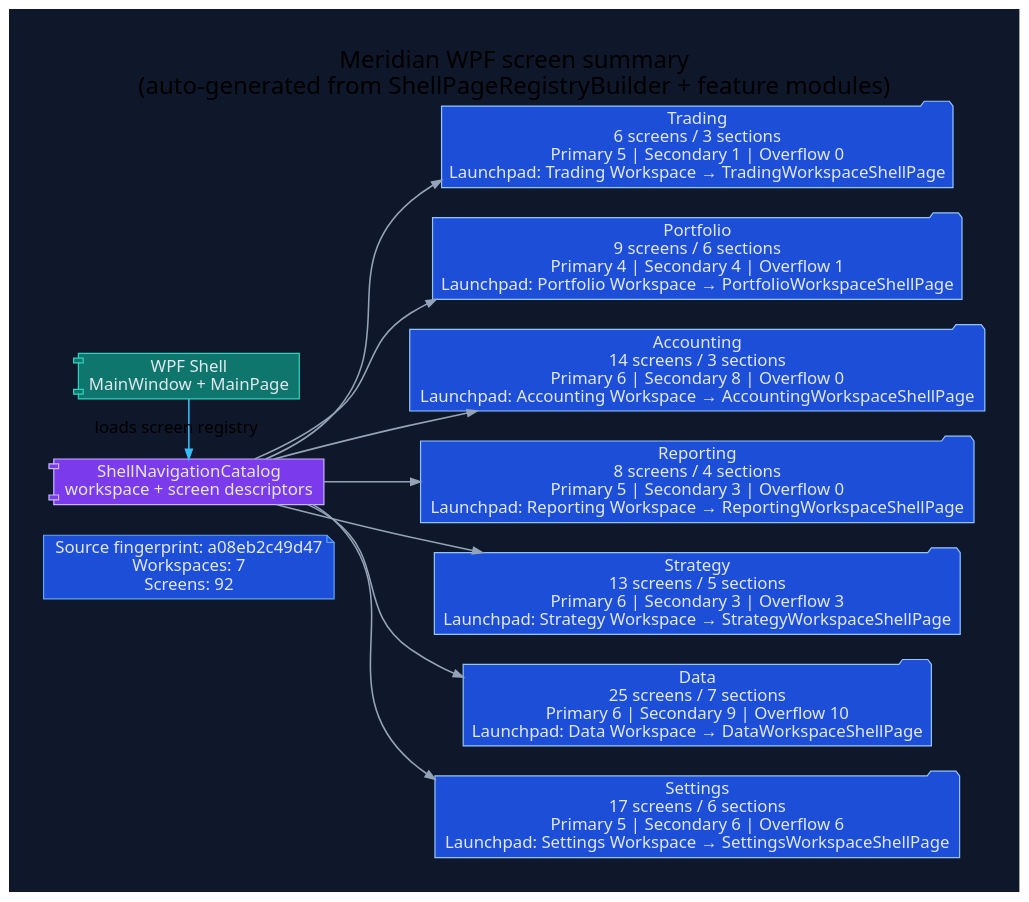
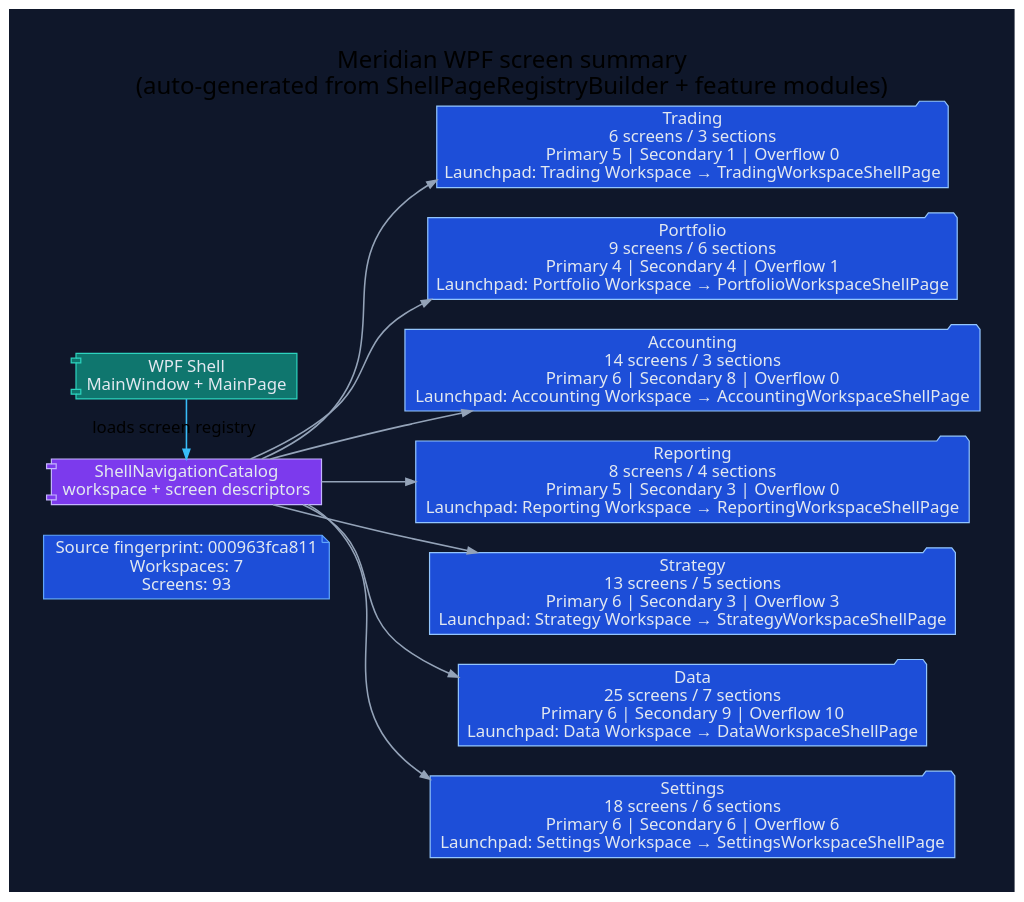
The diagram in docs/diagrams/ui/ui-wpf-screen-summary.dot (rodoHasArrived/Meridian-main), drawn with Graphviz before and after one commit. The commit also changed 49 other files, not shown here.

```diff
--- a/docs/diagrams/ui/ui-wpf-screen-summary.dot
+++ b/docs/diagrams/ui/ui-wpf-screen-summary.dot
@@ -1,42 +1,42 @@
 // -----------------------------------------------------------------------------
 // <auto-generated>
 // Generated by scripts/generate-diagrams.mjs.
 // Do not edit this file directly; update the WPF source files instead.
 // -----------------------------------------------------------------------------
 digraph WpfScreenSummary {
   graph [
     rankdir=LR,
     labelloc=t,
     label="Meridian WPF screen summary\n(auto-generated from ShellPageRegistryBuilder + feature modules)",
     fontname="Segoe UI",
     fontsize=20,
     pad=0.4,
     nodesep=0.35,
     ranksep=0.85,
     bgcolor="#0f172a"
   ];
   node [fontname="Segoe UI", shape=box, style="rounded,filled", color="#475569", fontcolor="#e2e8f0", fillcolor="#1e293b"];
   edge [fontname="Segoe UI", color="#94a3b8", penwidth=1.3, arrowsize=0.8];
 
-  generated [shape=note, fillcolor="#1d4ed8", color="#60a5fa", label="Source fingerprint: a08eb2c49d47\nWorkspaces: 7\nScreens: 92"];
+  generated [shape=note, fillcolor="#1d4ed8", color="#60a5fa", label="Source fingerprint: 000963fca811\nWorkspaces: 7\nScreens: 93"];
   shell [shape=component, fillcolor="#0f766e", color="#2dd4bf", label="WPF Shell\nMainWindow + MainPage"];
   catalog [shape=component, fillcolor="#7c3aed", color="#c4b5fd", label="ShellNavigationCatalog\nworkspace + screen descriptors"];
   shell -> catalog [label="loads screen registry", color="#38bdf8"];
 
   workspace_1 [shape=folder, fillcolor="#1d4ed8", color="#93c5fd", label="Trading\n6 screens / 3 sections\nPrimary 5 | Secondary 1 | Overflow 0\nLaunchpad: Trading Workspace → TradingWorkspaceShellPage"];
   catalog -> workspace_1;
   workspace_2 [shape=folder, fillcolor="#1d4ed8", color="#93c5fd", label="Portfolio\n9 screens / 6 sections\nPrimary 4 | Secondary 4 | Overflow 1\nLaunchpad: Portfolio Workspace → PortfolioWorkspaceShellPage"];
   catalog -> workspace_2;
   workspace_3 [shape=folder, fillcolor="#1d4ed8", color="#93c5fd", label="Accounting\n14 screens / 3 sections\nPrimary 6 | Secondary 8 | Overflow 0\nLaunchpad: Accounting Workspace → AccountingWorkspaceShellPage"];
   catalog -> workspace_3;
   workspace_4 [shape=folder, fillcolor="#1d4ed8", color="#93c5fd", label="Reporting\n8 screens / 4 sections\nPrimary 5 | Secondary 3 | Overflow 0\nLaunchpad: Reporting Workspace → ReportingWorkspaceShellPage"];
   catalog -> workspace_4;
   workspace_5 [shape=folder, fillcolor="#1d4ed8", color="#93c5fd", label="Strategy\n13 screens / 5 sections\nPrimary 6 | Secondary 3 | Overflow 3\nLaunchpad: Strategy Workspace → StrategyWorkspaceShellPage"];
   catalog -> workspace_5;
   workspace_6 [shape=folder, fillcolor="#1d4ed8", color="#93c5fd", label="Data\n25 screens / 7 sections\nPrimary 6 | Secondary 9 | Overflow 10\nLaunchpad: Data Workspace → DataWorkspaceShellPage"];
   catalog -> workspace_6;
-  workspace_7 [shape=folder, fillcolor="#1d4ed8", color="#93c5fd", label="Settings\n17 screens / 6 sections\nPrimary 5 | Secondary 6 | Overflow 6\nLaunchpad: Settings Workspace → SettingsWorkspaceShellPage"];
+  workspace_7 [shape=folder, fillcolor="#1d4ed8", color="#93c5fd", label="Settings\n18 screens / 6 sections\nPrimary 6 | Secondary 6 | Overflow 6\nLaunchpad: Settings Workspace → SettingsWorkspaceShellPage"];
   catalog -> workspace_7;
 
   { rank=min; generated; shell; catalog; }
 }
```
